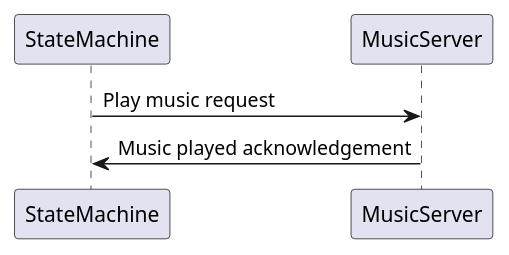
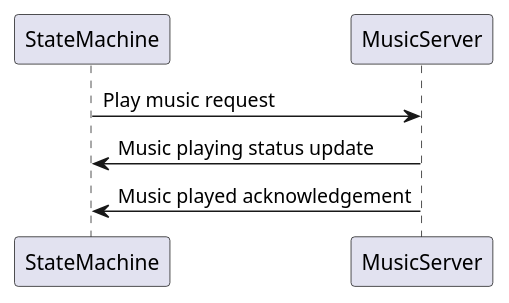
One commit to RobotBramhana/music_state_machine changed the diagram in docs/sequence_diagram.puml. Above: the diagram before and after it, drawn with PlantUML. The commit also changed 7 other files, not shown here.

```diff
--- a/docs/sequence_diagram.puml
+++ b/docs/sequence_diagram.puml
@@ -1,6 +1,7 @@
 @startuml SequenceDiagram
 
 StateMachine -> MusicServer : Play music request
+MusicServer -> StateMachine : Music playing status update
 MusicServer -> StateMachine : Music played acknowledgement
 
 @enduml
```
